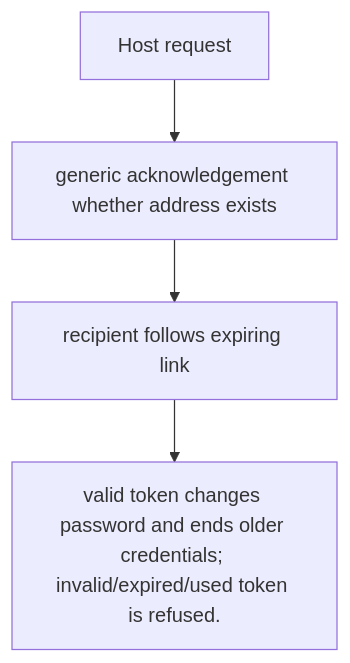
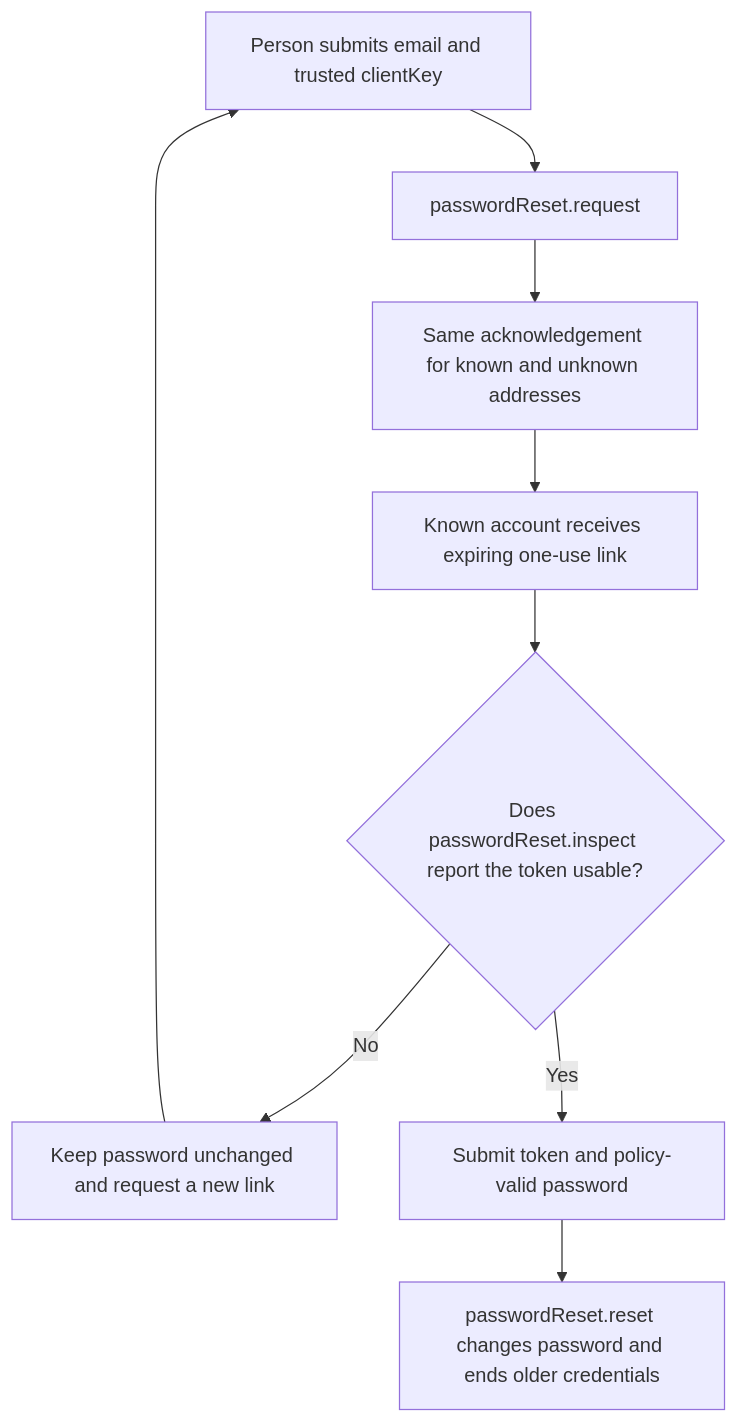
The first of 2 diagrams in user-stories/US-ACCOUNT-01-recover-password.md (Kevinjohn/oss-adonisjs-account-kit), drawn with Mermaid before and after one commit. The commit also changed other lines of this file and 17 other files, not shown here.

````diff
--- a/user-stories/US-ACCOUNT-01-recover-password.md
+++ b/user-stories/US-ACCOUNT-01-recover-password.md
@@ -20,10 +18,11 @@
 ```mermaid
 flowchart TD
-    U0["Host request"]
-    U1["generic acknowledgement whether address exists"]
-    U0 --> U1
-    U2["recipient follows expiring link"]
-    U1 --> U2
-    U3["valid token changes password and ends older credentials; invalid/expired/used token is refused."]
-    U2 --> U3
+ A["Person submits email and trusted clientKey"] --> B["passwordReset.request"]
+ B --> C["Same acknowledgement for known and unknown addresses"]
+ C --> D["Known account receives expiring one-use link"]
+ D --> E{"Does passwordReset.inspect report the token usable?"}
+ E -->|No| F["Keep password unchanged and request a new link"]
+ F --> A
+ E -->|Yes| G["Submit token and policy-valid password"]
+ G --> H["passwordReset.reset changes password and ends older credentials"]
 ```
````
